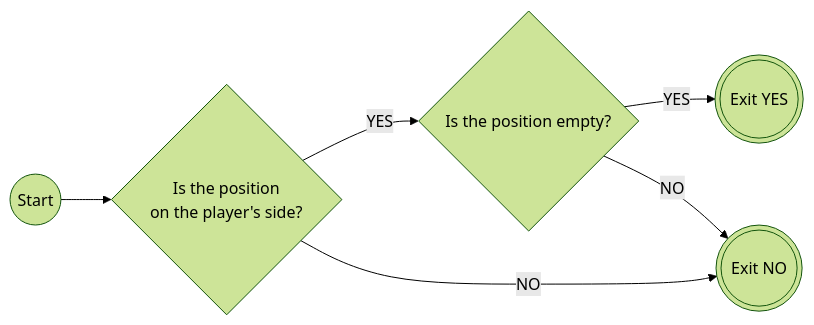
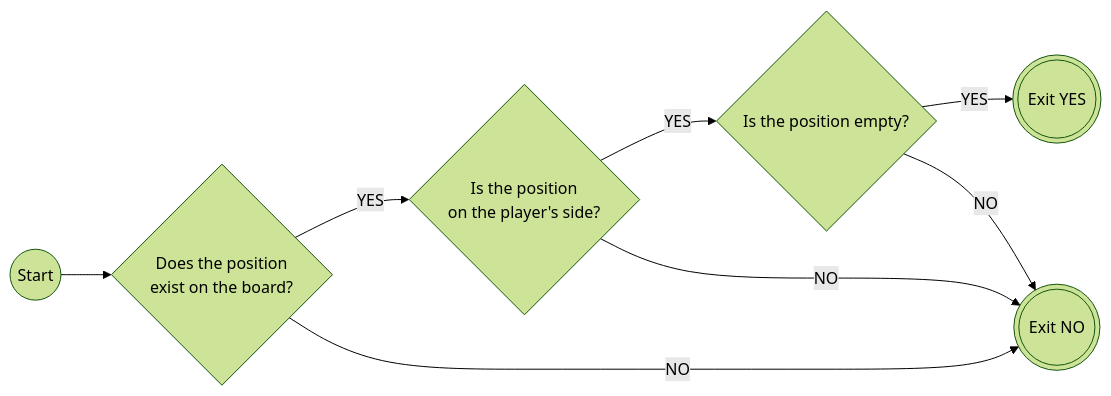
The third of 3 diagrams in README.md (Tomocza/cpp-stratego), drawn with Mermaid (forest theme) before and after one commit.

Commit message:
amend valid pos flowchart

````diff
--- a/README.md
+++ b/README.md
@@ -70,17 +70,21 @@
 ```mermaid
 
 flowchart LR
 START(("Start"))
 EXIT0((("Exit NO")))
 EXIT1((("Exit YES")))
 isOwnSide{"Is the position 
           on the player's side?"}
 isPosEmpty{"Is the position empty?"}
+isOnBoard{"Does the position 
+           exist on the board?"}
 
-START --> isOwnSide
+START --> isOnBoard
+isOnBoard -- YES --> isOwnSide
+isOnBoard -- NO --> EXIT0
 isOwnSide -- YES --> isPosEmpty
 isOwnSide -- NO --> EXIT0
 isPosEmpty -- YES --> EXIT1
 isPosEmpty -- NO --> EXIT0
 
 ```
````
